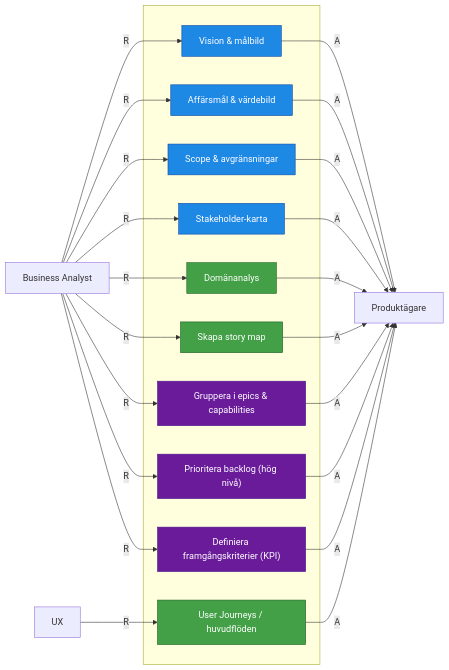
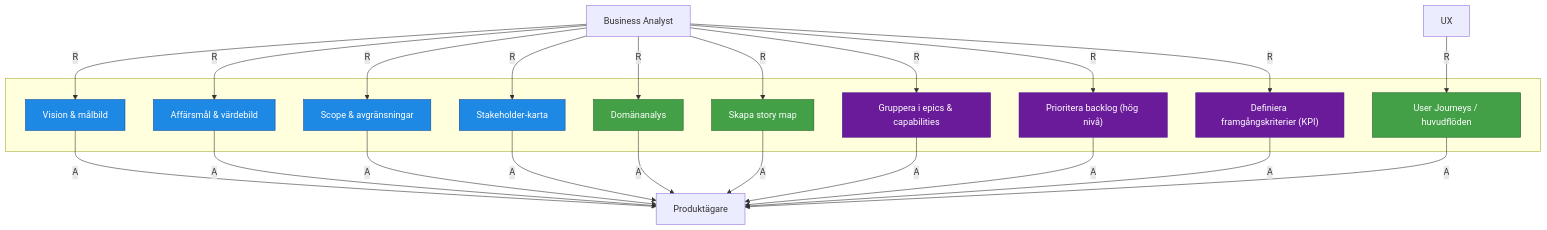
The third of 3 diagrams in docs/RACI/1. Kravställning.md (Riniga/valuestream-os), drawn with Mermaid before and after one commit. The commit also changed other lines of this file and 1 other file, not shown here.

````diff
--- a/docs/RACI/1. Kravställning.md
+++ b/docs/RACI/1. Kravställning.md
@@ -116,53 +112,53 @@
 ```mermaid
-flowchart LR
+flowchart TB
     subgraph " "
         %% SEKVENTIELL START
         A1["Vision & målbild"]
         A2["Affärsmål & värdebild"]
         A3["Scope & avgränsningar"]
         A4["Stakeholder-karta"]
         B1["Domänanalys"]
         B2["User Journeys / huvudflöden"]
         B3["Skapa story map"]
         C1["Gruppera i epics & capabilities"]
         C2["Prioritera backlog (hög nivå)"]
         C3["Definiera framgångskriterier (KPI)"]
     end
 
     %% ROLLER (ENDAST DE SOM HAR R)
     BA["Business Analyst"]
     UXD["UX"]
     P["Produktägare"]
 
 
     %% R-KOPPLINGAR
     BA -- R --> A1
     BA -- R --> A2
     BA -- R --> A3
     BA -- R --> A4
     BA -- R --> B1
     UXD -- R --> B2
     BA -- R --> B3
     BA -- R --> C1
     BA -- R --> C2
     BA -- R --> C3
     A1 -- A --> P
     A2 -- A --> P
     A3 -- A --> P
     A4 -- A --> P
     B1 -- A --> P
     B2 -- A --> P
     B3 -- A --> P
     C1 -- A --> P
     C2 -- A --> P
     C3 -- A --> P
 
     %% STYLING
     classDef seq fill:#1e88e5,stroke:#0d47a1,color:#fff;
     classDef par fill:#43a047,stroke:#1b5e20,color:#fff;
     classDef slut fill:#6a1b9a,stroke:#4a148c,color:#fff;
 
     class A1,A2,A3,A4 seq;
     class B1,B2,B3 par;
     class C1,C2,C3 slut;
 ```
````
